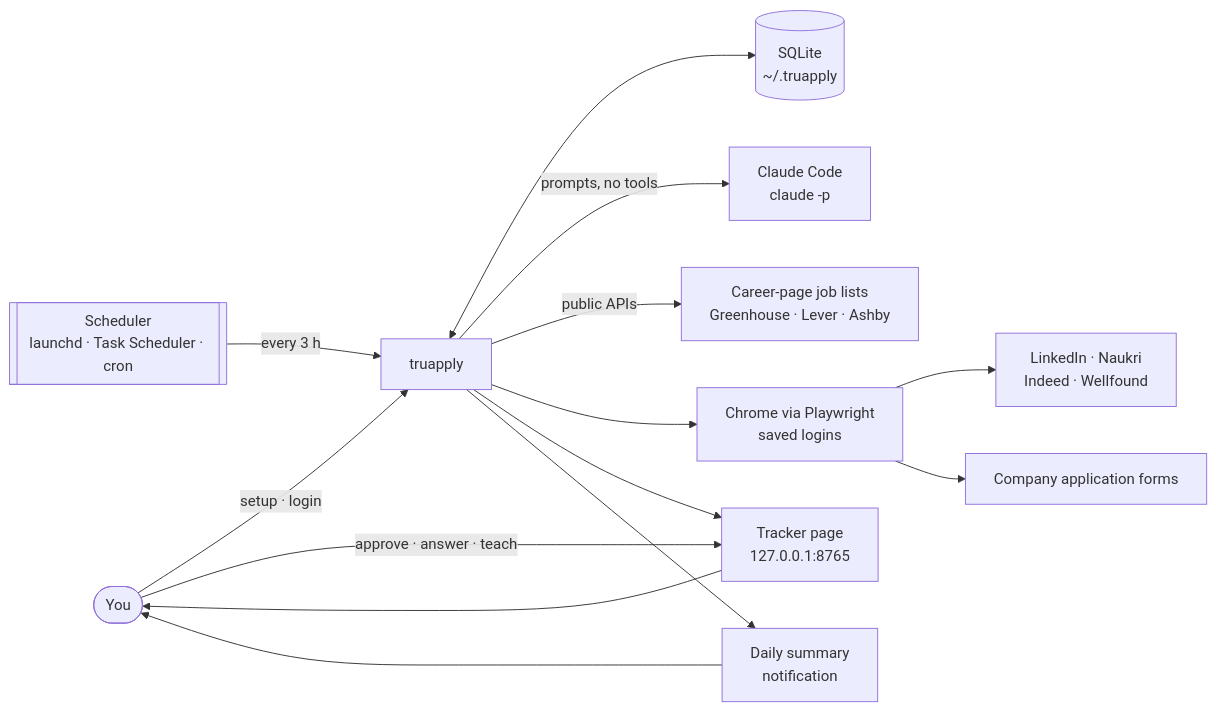
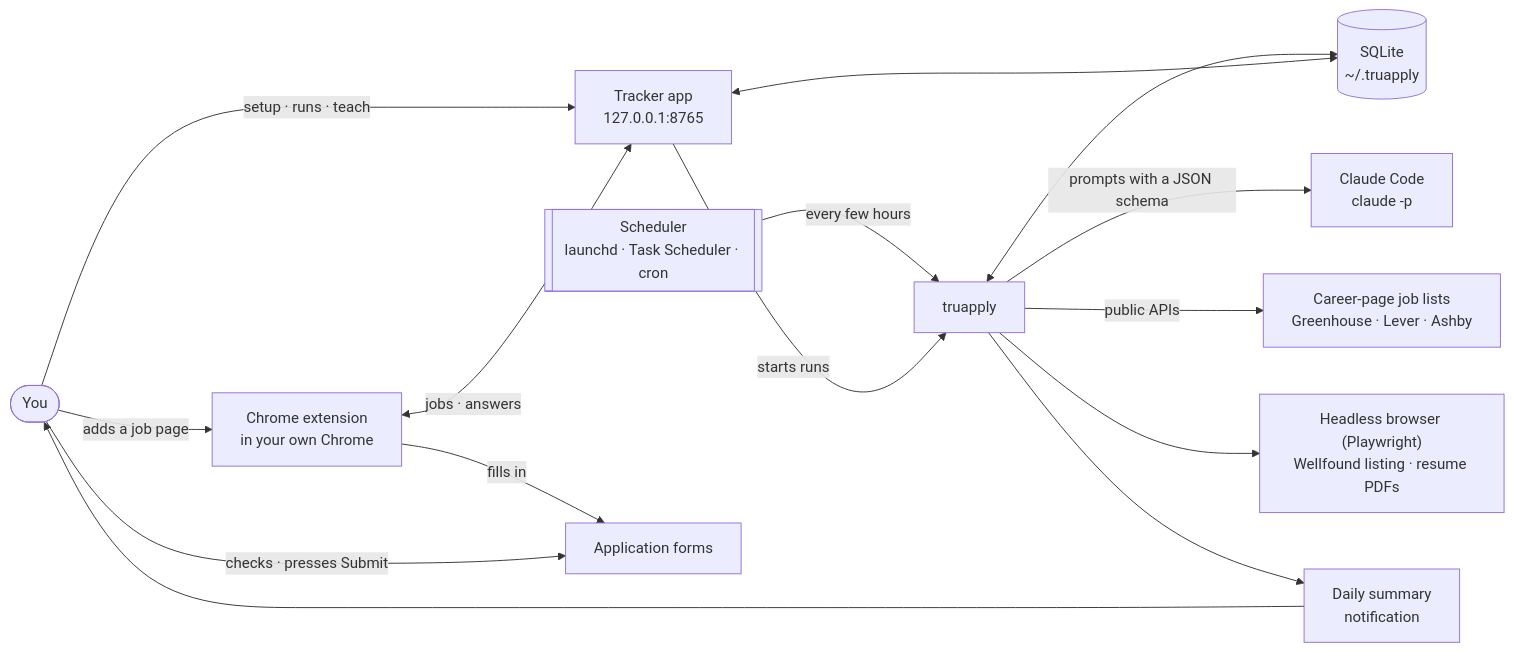
One commit to Avijit07x/truapply changed the diagram in docs/README.md. Above: the diagram before and after it, drawn with Mermaid. The commit also changed other lines of this file and 17 other files, not shown here.

Commit message:
docs: bring every doc in line with the app, add the MIT licence, lighter selected items

````diff
--- a/docs/README.md
+++ b/docs/README.md
@@ -7,16 +7,17 @@
 ```mermaid
 flowchart LR
-  user([You]) -- "setup · login" --> cli[truapply]
-  sched[["Scheduler<br/>launchd · Task Scheduler · cron"]] -- "every 3 h" --> cli
+  user([You]) -- "setup · runs · teach" --> tracker["Tracker app<br/>127.0.0.1:8765"]
+  sched[["Scheduler<br/>launchd · Task Scheduler · cron"]] -- "every few hours" --> cli[truapply]
+  tracker -- "starts runs" --> cli
   cli <--> store[("SQLite<br/>~/.truapply")]
-  cli -- "prompts, no tools" --> ai["Claude Code<br/>claude -p"]
+  tracker <--> store
+  cli -- "prompts with a JSON schema" --> ai["Claude Code<br/>claude -p"]
   cli -- "public APIs" --> api["Career-page job lists<br/>Greenhouse · Lever · Ashby"]
-  cli --> browser["Chrome via Playwright<br/>saved logins"]
-  browser --> sites["LinkedIn · Naukri<br/>Indeed · Wellfound"]
-  browser --> forms["Company application forms"]
-  cli --> tracker["Tracker page<br/>127.0.0.1:8765"]
+  cli --> headless["Headless browser (Playwright)<br/>Wellfound listing · resume PDFs"]
   cli --> notify["Daily summary<br/>notification"]
-  tracker --> user
-  user -- "approve · answer · teach" --> tracker
+  ext["Chrome extension<br/>in your own Chrome"] <-->|"jobs · answers"| tracker
+  ext -- "fills in" --> forms["Application forms"]
+  user -- "checks · presses Submit" --> forms
+  user -- "adds a job page" --> ext
   notify --> user
 ```
````
